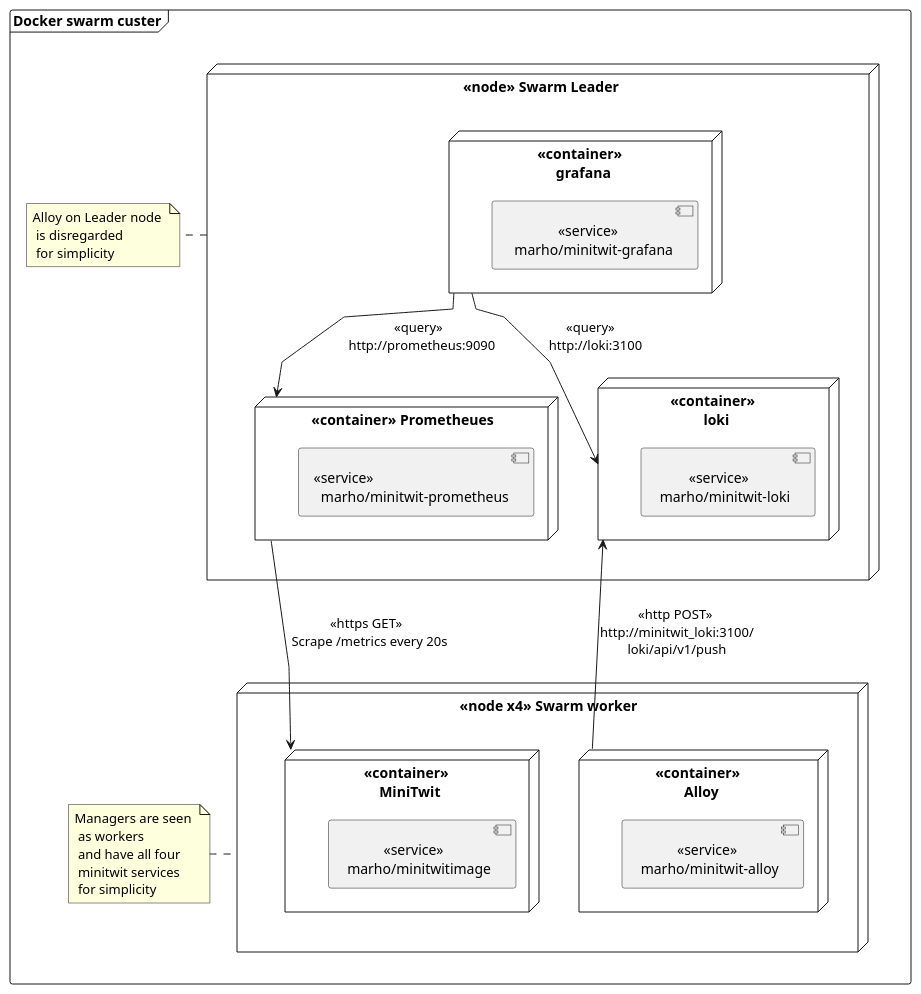
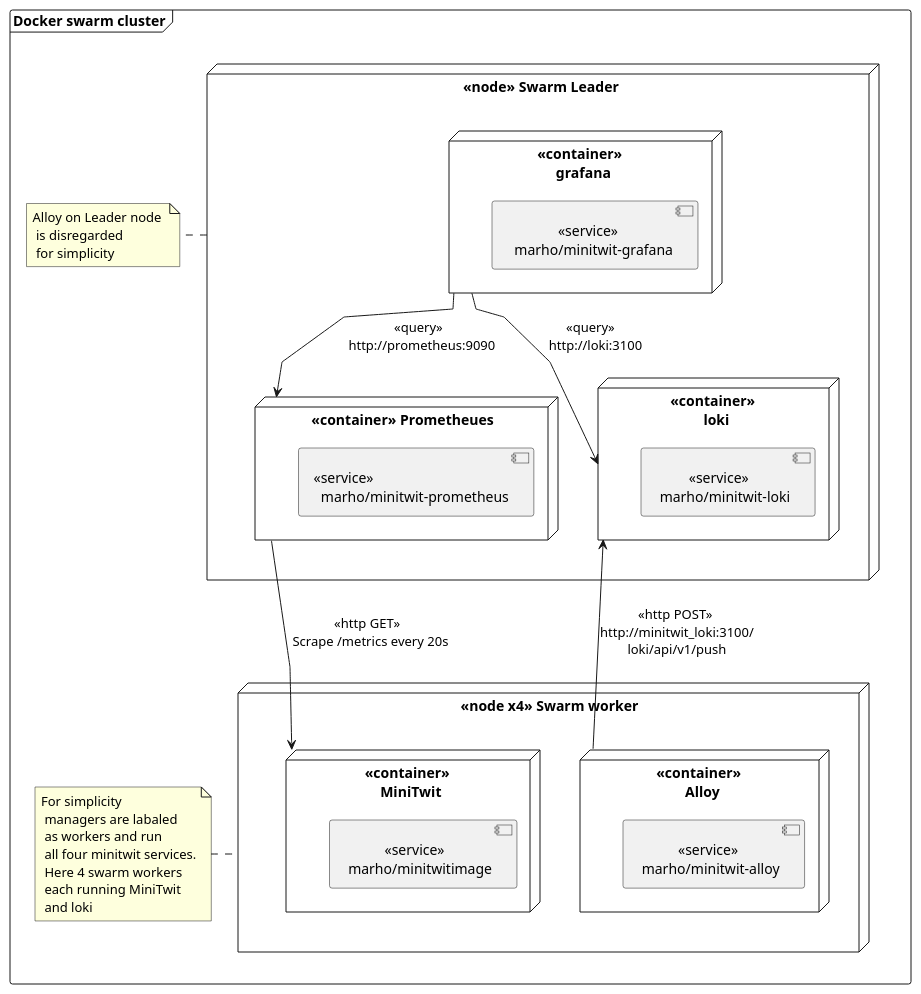
The diagram in report/src/diagrams/monitoring.puml (DevBobs-devops/Devbobs_MiniTwit), drawn with PlantUML before and after one commit. The commit also changed 1 other file, not shown here.

Commit message:
report: corrected monitoring and logging diagram

```diff
--- a/report/src/diagrams/monitoring.puml
+++ b/report/src/diagrams/monitoring.puml
@@ -1,43 +1,44 @@
 @startuml 
 skinparam linetype polyline
 
- frame "Docker swarm custer" as cluster {
+ frame "Docker swarm cluster" as cluster {
     node " <<node>> Swarm Leader" as leader{
         
         node "<<container>> Prometheues" as prom {
             component "<<service>> \n  marho/minitwit-prometheus"{
         }
         }
         
         node "<<container>> \n grafana" as graf {
             component "              <<service>> \n  marho/minitwit-grafana"
         }
 
         node "<<container>> \n loki" as loki {
             component "         <<service>> \n marho/minitwit-loki"
         }
         
 
     }
     note right of leader: Alloy on Leader node \n is disregarded \n for simplicity
 
     node "<<node x4>> Swarm worker" as workers {
         
          node "<<container>> \n Alloy" as alloy {
             component "           <<service>> \n marho/minitwit-alloy"
 
         }
         node "<<container>> \n MiniTwit" as mini{
             component "           <<service>> \n marho/minitwitimage"
         }
        
     }
-    note left of workers : Managers are seen \n as workers \n and have all four \n minitwit services \n for simplicity
 
-    prom --> mini : <<https GET>> \n Scrape /metrics every 20s
+    note left of workers : For simplicity \n managers are labaled \n as workers and run \n all four minitwit services.\n Here 4 swarm workers\n each running MiniTwit\n and loki
+
+    prom --> mini : <<http GET>> \n Scrape /metrics every 20s
     alloy --> loki : <<http POST>> \nhttp://minitwit_loki:3100/\nloki/api/v1/push
     graf --> prom : <<query>> \n http://prometheus:9090
     graf --> loki : <<query>> \n  http://loki:3100
 
  }
 @enduml
```
